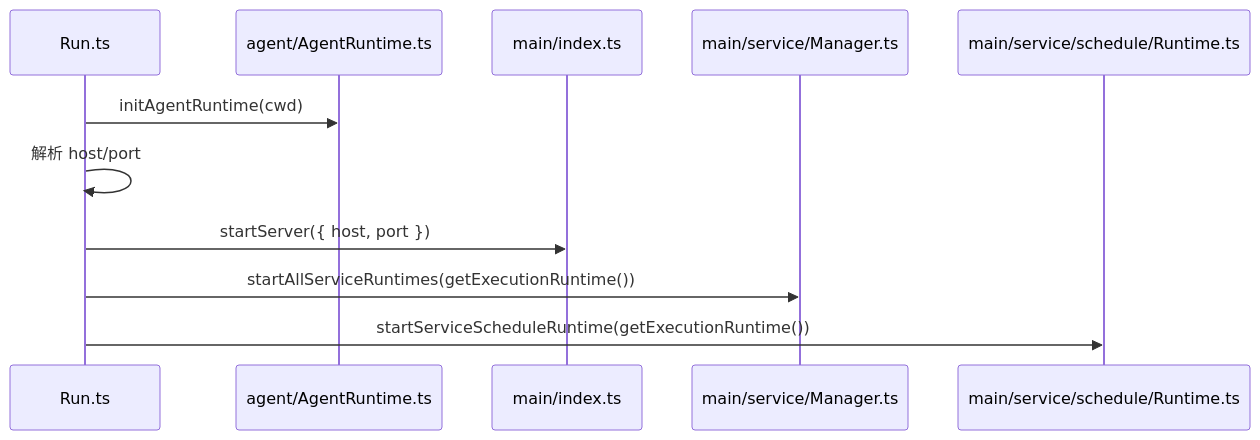
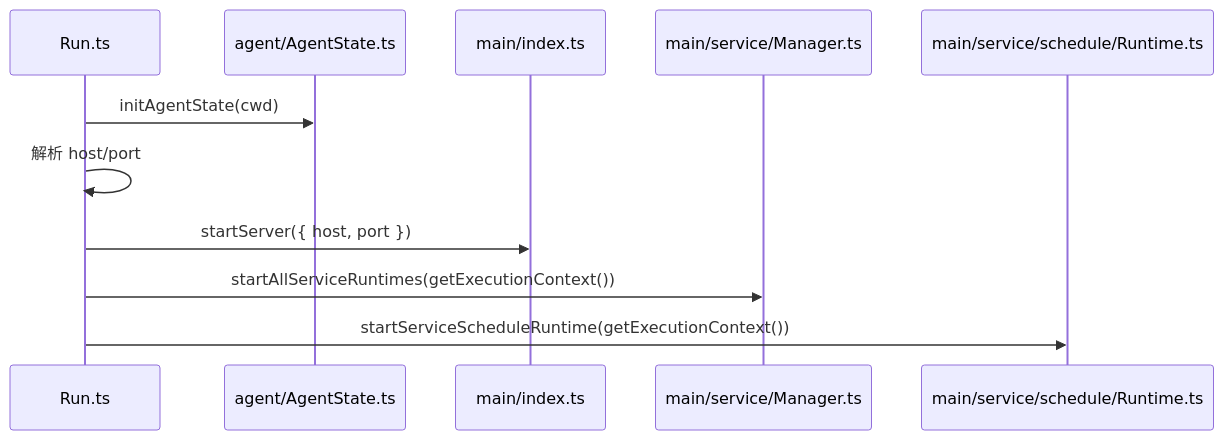
One commit to wangenius/downcity changed the second of 7 diagrams in devdocs/startup-and-api-flow.md. Above: the diagram before and after it, drawn with Mermaid. The commit also changed other lines of this file and 168 other files, not shown here.

````diff
--- a/devdocs/startup-and-api-flow.md
+++ b/devdocs/startup-and-api-flow.md
@@ -77,14 +77,14 @@
 ```mermaid
 sequenceDiagram
   participant Run as Run.ts
-  participant Agent as agent/AgentRuntime.ts
+  participant Agent as agent/AgentState.ts
   participant Server as main/index.ts
   participant Services as main/service/Manager.ts
   participant Schedule as main/service/schedule/Runtime.ts
 
-  Run->>Agent: initAgentRuntime(cwd)
+  Run->>Agent: initAgentState(cwd)
   Run->>Run: 解析 host/port
   Run->>Server: startServer({ host, port })
-  Run->>Services: startAllServiceRuntimes(getExecutionRuntime())
-  Run->>Schedule: startServiceScheduleRuntime(getExecutionRuntime())
+  Run->>Services: startAllServiceRuntimes(getExecutionContext())
+  Run->>Schedule: startServiceScheduleRuntime(getExecutionContext())
 ```
````
